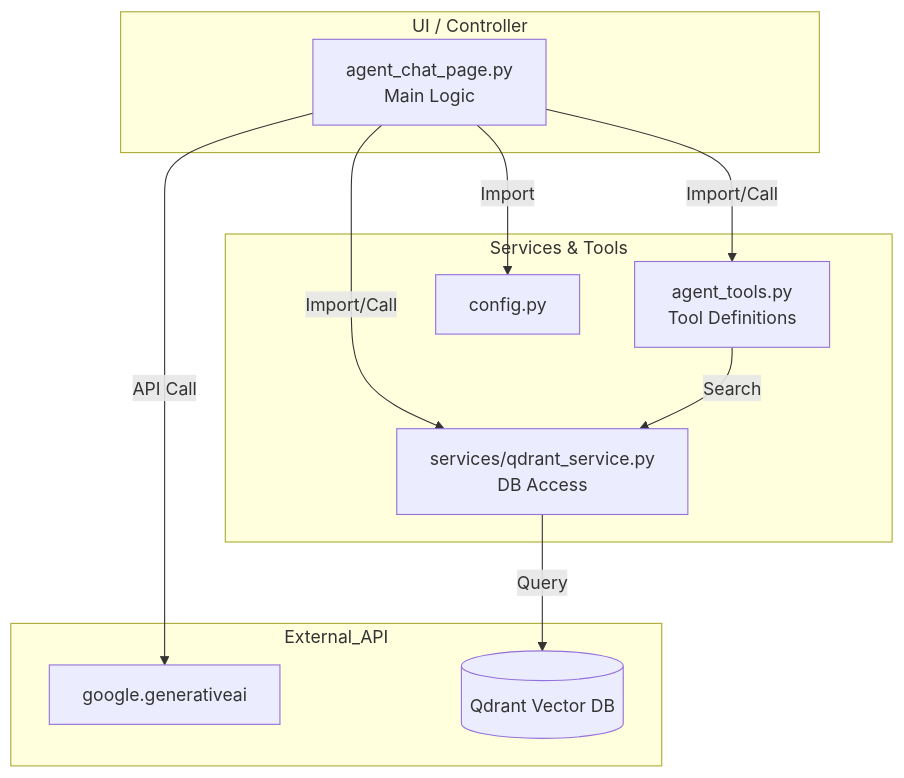
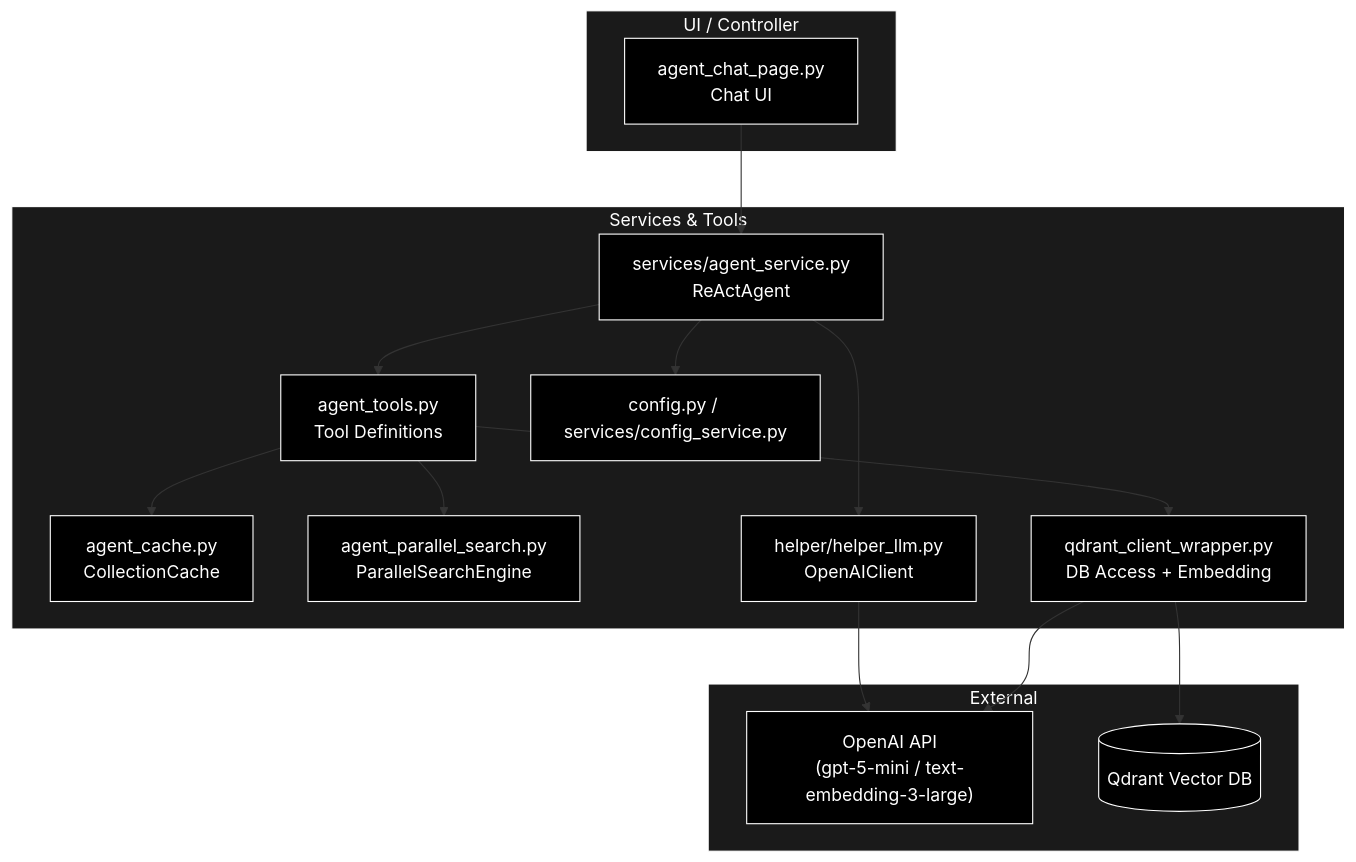
Before and after one commit to nakashima2toshio/openai_grace_agent: the tenth of 10 diagrams in readme_react_reflection.md, drawn with Mermaid. The commit also changed other lines of this file and 4 other files, not shown here.

````diff
--- a/readme_react_reflection.md
+++ b/readme_react_reflection.md
@@ -853,24 +952,38 @@
 ```mermaid
 graph TD
-    subgraph UI_Layer [UI / Controller]
-        AgentPage[agent_chat_page.py<br>Main Logic]
+    subgraph UI_Layer ["UI / Controller"]
+        AgentPage["agent_chat_page.py<br>Chat UI"]
     end
 
-    subgraph Service_Layer [Services & Tools]
-        Tools[agent_tools.py<br>Tool Definitions]
-        QdrantSvc[services/qdrant_service.py<br>DB Access]
-        Config[config.py]
+    subgraph Service_Layer ["Services & Tools"]
+        AgentSvc["services/agent_service.py<br>ReActAgent"]
+        Tools["agent_tools.py<br>Tool Definitions"]
+        CacheMod["agent_cache.py<br>CollectionCache"]
+        ParallelMod["agent_parallel_search.py<br>ParallelSearchEngine"]
+        HelperLLM["helper/helper_llm.py<br>OpenAIClient"]
+        Wrapper["qdrant_client_wrapper.py<br>DB Access + Embedding"]
+        Config["config.py / services/config_service.py"]
     end
 
-    subgraph External_API
-        Gemini[google.generativeai]
-        QdrantDB[(Qdrant Vector DB)]
+    subgraph External_API ["External"]
+        OpenAIAPI["OpenAI API<br>(gpt-5-mini / text-embedding-3-large)"]
+        QdrantDB[("Qdrant Vector DB")]
     end
 
-    AgentPage --> |Import/Call| Tools
-    AgentPage --> |Import/Call| QdrantSvc
-    AgentPage --> |Import| Config
-    AgentPage --> |API Call| Gemini
-    Tools --> |Search| QdrantSvc
-    QdrantSvc --> |Query| QdrantDB
+    AgentPage --> AgentSvc
+    AgentSvc --> Tools
+    AgentSvc --> HelperLLM
+    AgentSvc --> Config
+    Tools --> CacheMod
+    Tools --> ParallelMod
+    Tools --> Wrapper
+    HelperLLM --> OpenAIAPI
+    Wrapper --> OpenAIAPI
+    Wrapper --> QdrantDB
+classDef default fill:#000,stroke:#fff,color:#fff
+classDef subgraphStyle fill:#1a1a1a,stroke:#fff,color:#fff
+class AgentPage,AgentSvc,Tools,CacheMod,ParallelMod,HelperLLM,Wrapper,Config,OpenAIAPI,QdrantDB default
+style UI_Layer fill:#1a1a1a,stroke:#fff,color:#fff
+style Service_Layer fill:#1a1a1a,stroke:#fff,color:#fff
+style External_API fill:#1a1a1a,stroke:#fff,color:#fff
 ```
````
